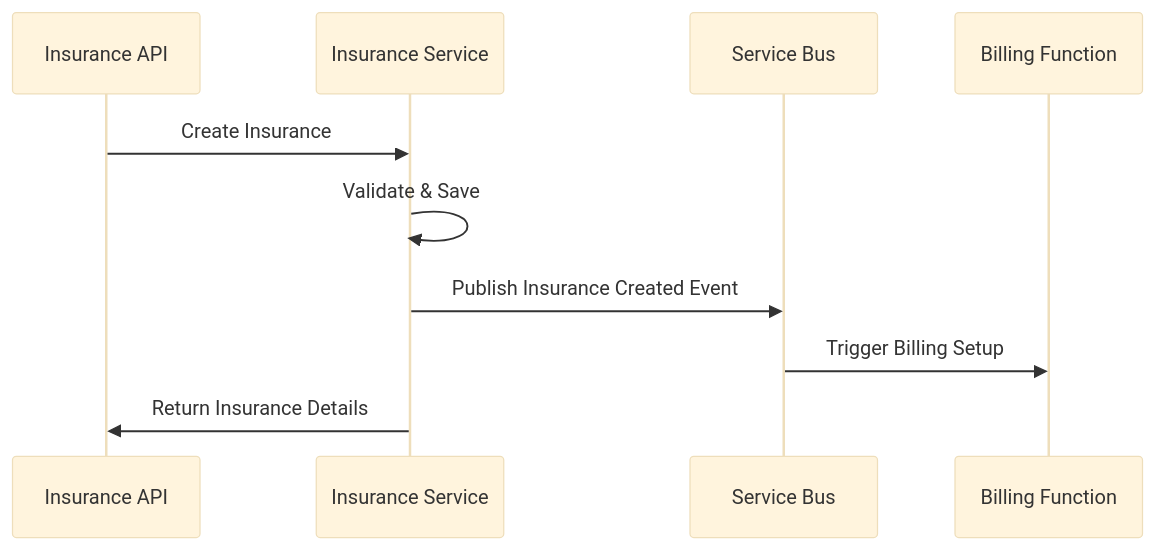
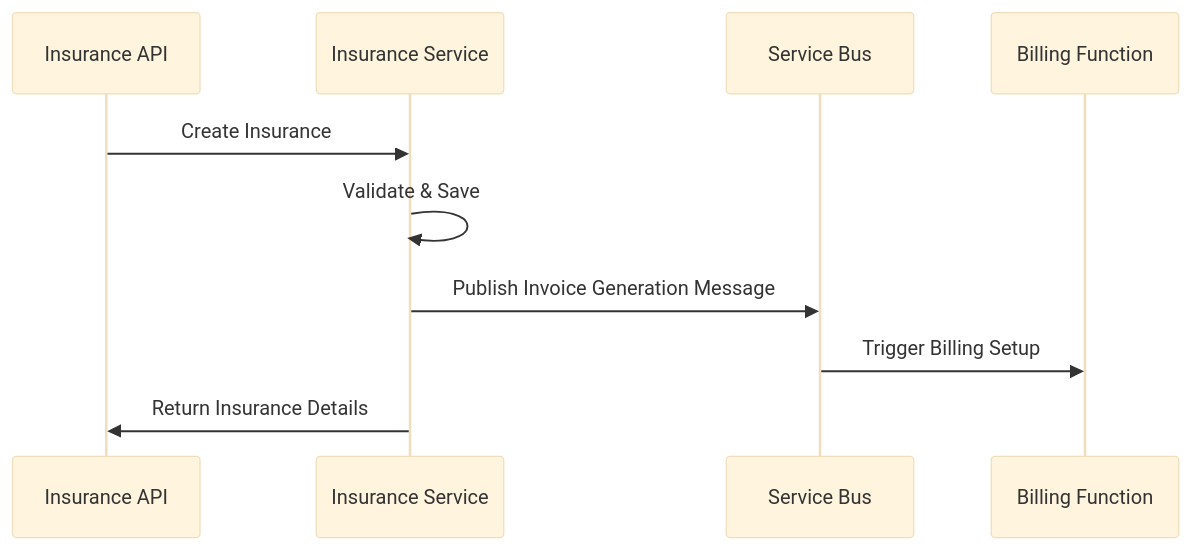
Before and after one commit to eramax/if-insurance: the third of 3 diagrams in services/insurance-management/README.md, drawn with Mermaid (base theme). The commit also changed other lines of this file and 8 other files, not shown here.

````diff
--- a/services/insurance-management/README.md
+++ b/services/insurance-management/README.md
@@ -250,13 +248,13 @@
 ```mermaid
 sequenceDiagram
     participant API as Insurance API
     participant SVC as Insurance Service
     participant SB as Service Bus
     participant BILLING as Billing Function
 
     API->>SVC: Create Insurance
     SVC->>SVC: Validate & Save
-    SVC->>SB: Publish Insurance Created Event
+    SVC->>SB: Publish Invoice Generation Message
     SB->>BILLING: Trigger Billing Setup
     SVC->>API: Return Insurance Details
 ```
````
